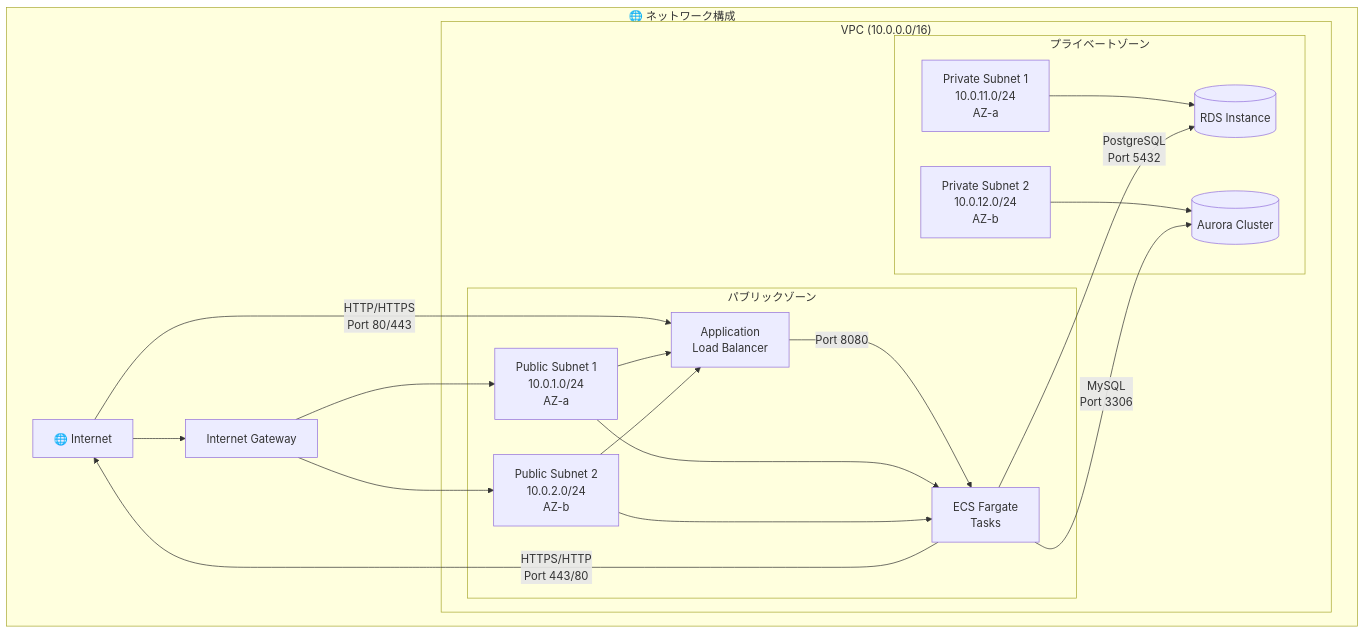
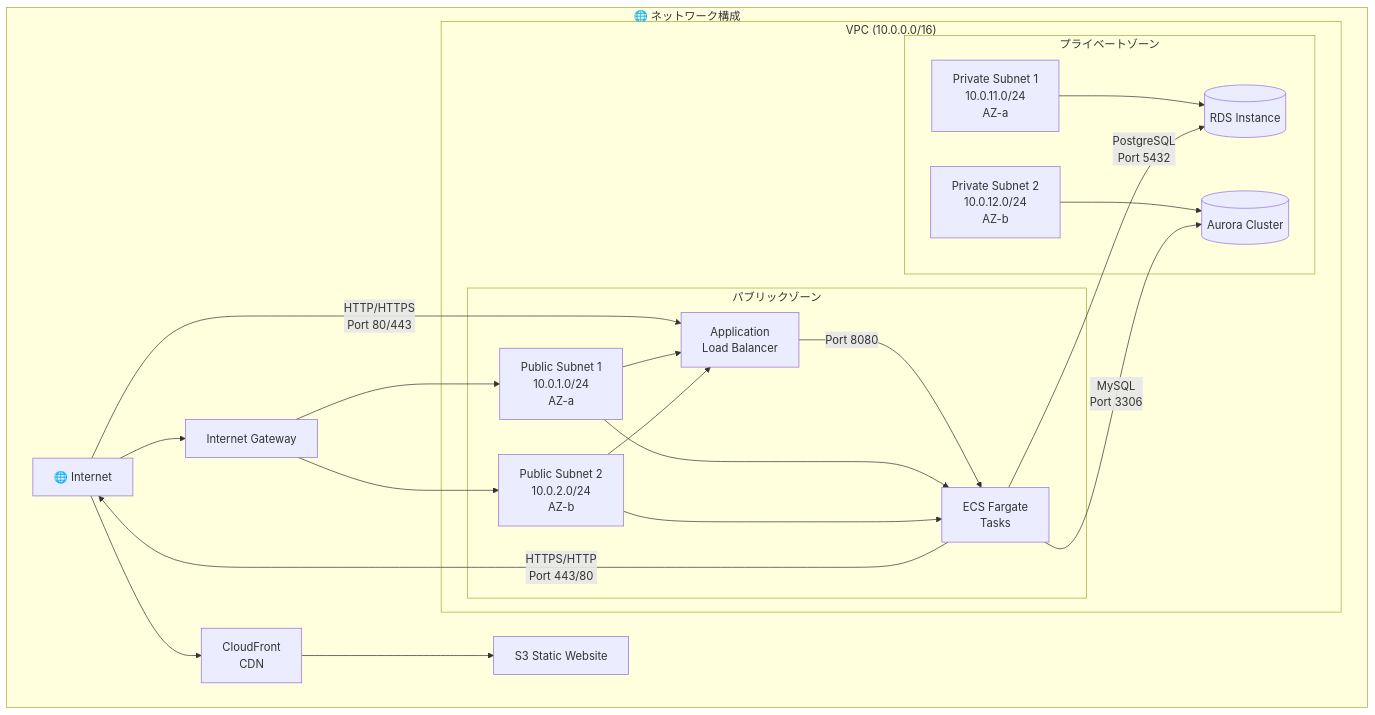
The third of 4 diagrams in README.md (k-gitest/terraform-localstack-aws), drawn with Mermaid before and after one commit. The commit also changed other lines of this file and 61 other files, not shown here.

````diff
--- a/README.md
+++ b/README.md
@@ -170,39 +207,41 @@
 ```mermaid
 graph TB
     subgraph "🌐 ネットワーク構成"
         subgraph VPC["VPC (10.0.0.0/16)"]
             subgraph PublicZone["パブリックゾーン"]
                 PubSub1[Public Subnet 1<br/>10.0.1.0/24<br/>AZ-a]
                 PubSub2[Public Subnet 2<br/>10.0.2.0/24<br/>AZ-b]
                 ALB[Application<br/>Load Balancer]
                 Fargate[ECS Fargate<br/>Tasks]
             end
             
             subgraph PrivateZone["プライベートゾーン"]
                 PrivSub1[Private Subnet 1<br/>10.0.11.0/24<br/>AZ-a]
                 PrivSub2[Private Subnet 2<br/>10.0.12.0/24<br/>AZ-b]
                 RDS[(RDS Instance)]
                 Aurora[(Aurora Cluster)]
             end
         end
         
-        Internet[🌐 Internet] --> IGW[Internet Gateway]
+        Internet[🌐 Internet] --> CloudFront[CloudFront<br/>CDN]
+        CloudFront --> S3[S3 Static Website]
+        Internet --> IGW[Internet Gateway]
         IGW --> PubSub1
         IGW --> PubSub2
         
         Internet -->|HTTP/HTTPS<br/>Port 80/443| ALB
         ALB -->|Port 8080| Fargate
         
         PubSub1 --> ALB
         PubSub2 --> ALB
         PubSub1 --> Fargate
         PubSub2 --> Fargate
         
         PrivSub1 --> RDS
         PrivSub2 --> Aurora
         
         Fargate -->|PostgreSQL<br/>Port 5432| RDS
         Fargate -->|MySQL<br/>Port 3306| Aurora
         Fargate -->|HTTPS/HTTP<br/>Port 443/80| Internet
     end
 ```
````
